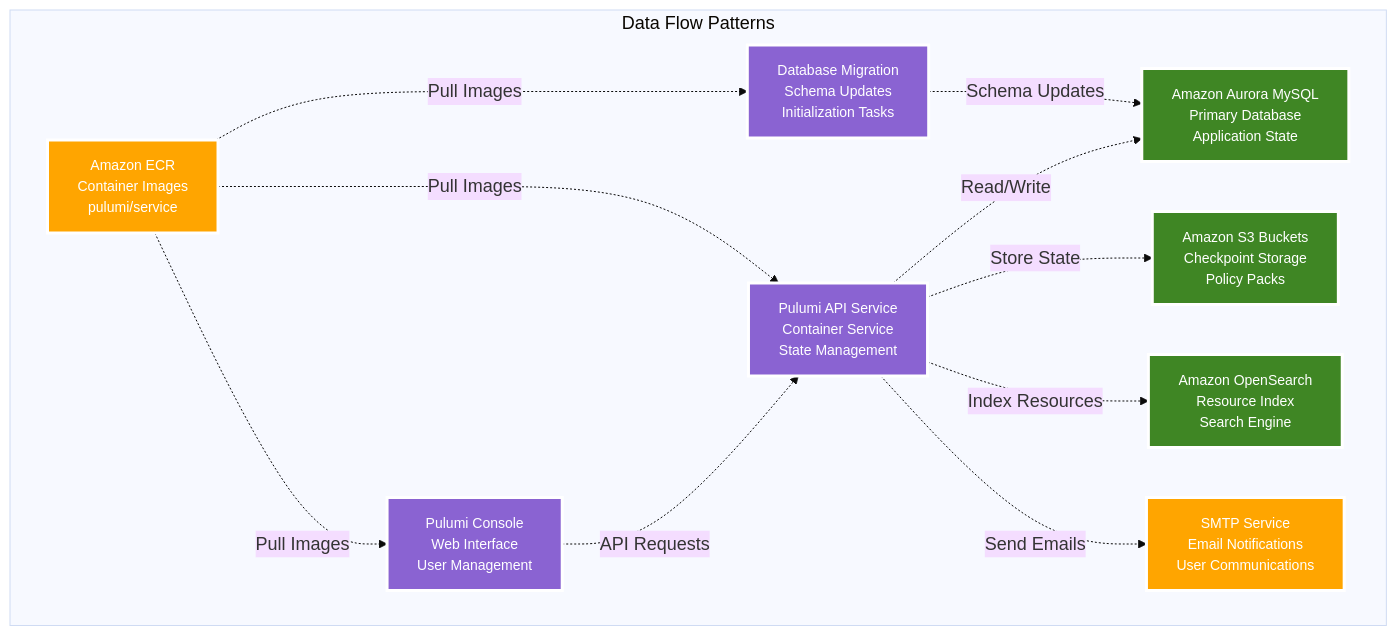
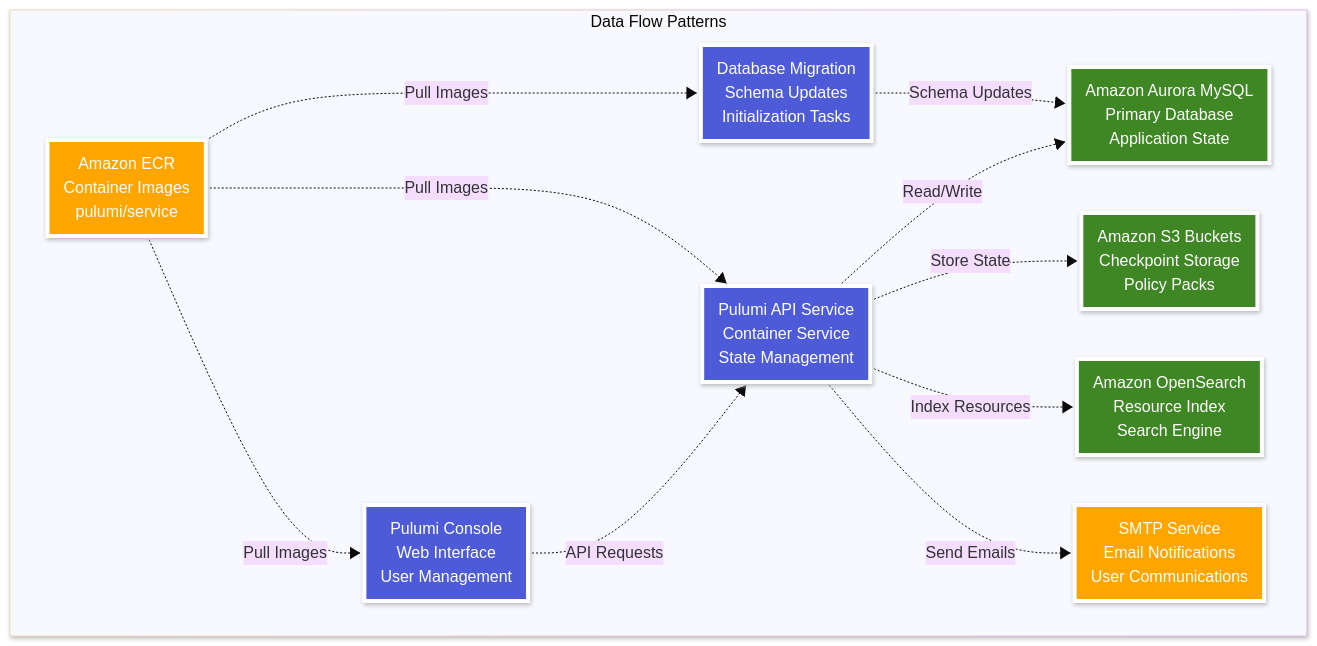
The diagram in ecs-hosted/ts/diagrams/05-data-flow.mmd (pulumi/pulumi-self-hosted-installers), drawn with Mermaid before and after one commit. The commit also changed 55 other files, not shown here.

```diff
--- a/ecs-hosted/ts/diagrams/05-data-flow.mmd
+++ b/ecs-hosted/ts/diagrams/05-data-flow.mmd
@@ -1,30 +1,34 @@
-%%{init: {'theme':'base', 'themeVariables': {'fontSize': '18px', 'fontFamily': 'Arial, sans-serif'}}}%%
+---
+config:
+  look: neo
+  theme: base
+---
 graph TD
-    classDef storage fill:#3F8624,stroke:#FFFFFF,stroke-width:3px,color:#FFFFFF,font-size:14px
-    classDef pulumi fill:#8A63D2,stroke:#FFFFFF,stroke-width:3px,color:#FFFFFF,font-size:14px
-    classDef external fill:#FFA500,stroke:#FFFFFF,stroke-width:3px,color:#FFFFFF,font-size:14px
+    classDef storage fill:#3F8624,stroke:#FFFFFF,stroke-width:4px,color:#FFFFFF
+    classDef pulumi fill:#4d5bd9,stroke:#FFFFFF,stroke-width:4px,color:#FFFFFF
+    classDef external fill:#FFA500,stroke:#FFFFFF,stroke-width:4px,color:#FFFFFF
     
     subgraph FLOW["Data Flow Patterns"]
         API[Pulumi API Service<br/>Container Service<br/>State Management]:::pulumi
         CONSOLE[Pulumi Console<br/>Web Interface<br/>User Management]:::pulumi
         MIGRATION[Database Migration<br/>Schema Updates<br/>Initialization Tasks]:::pulumi
         
         AURORA_DB[Amazon Aurora MySQL<br/>Primary Database<br/>Application State]:::storage
         S3_STATE[Amazon S3 Buckets<br/>Checkpoint Storage<br/>Policy Packs]:::storage
         OPENSEARCH_IDX[Amazon OpenSearch<br/>Resource Index<br/>Search Engine]:::storage
         
         ECR_IMGS[Amazon ECR<br/>Container Images<br/>pulumi/service]:::external
         SMTP_SVC[SMTP Service<br/>Email Notifications<br/>User Communications]:::external
     end
     
     API -.->|Read/Write| AURORA_DB
     API -.->|Store State| S3_STATE
     API -.->|Index Resources| OPENSEARCH_IDX
     API -.->|Send Emails| SMTP_SVC
     
     CONSOLE -.->|API Requests| API
     MIGRATION -.->|Schema Updates| AURORA_DB
     
     ECR_IMGS -.->|Pull Images| API
     ECR_IMGS -.->|Pull Images| CONSOLE
     ECR_IMGS -.->|Pull Images| MIGRATION
```
